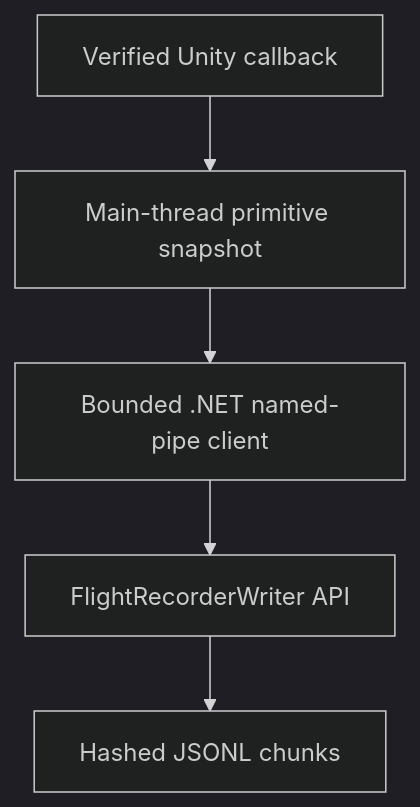
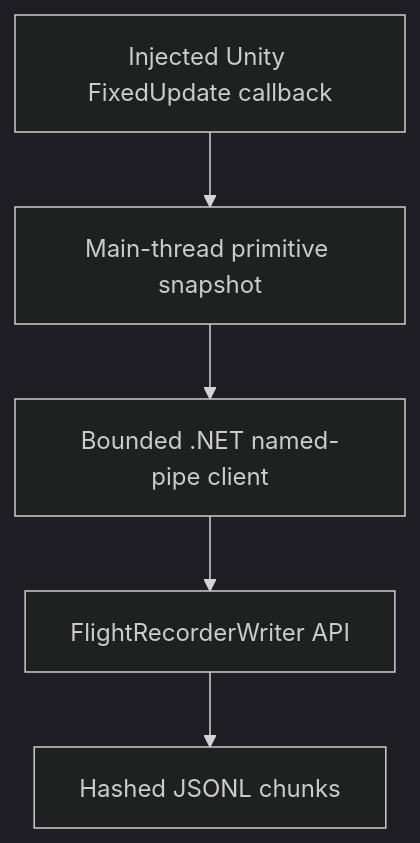
The diagram in docs/FLIGHT_RECORDER_WRITER_SPEC.md (QuantumPickleJar/AoTTG-localBots), drawn with Mermaid (dark theme) before and after one commit. The commit also changed other lines of this file and 16 other files, not shown here.

````diff
--- a/docs/FLIGHT_RECORDER_WRITER_SPEC.md
+++ b/docs/FLIGHT_RECORDER_WRITER_SPEC.md
@@ -9,7 +9,7 @@
 ```mermaid
 flowchart TD
-    A[Verified Unity callback] --> B[Main-thread primitive snapshot]
+    A[Injected Unity FixedUpdate callback] --> B[Main-thread primitive snapshot]
     B --> C[Bounded .NET named-pipe client]
     C --> D[FlightRecorderWriter API]
     D --> E[Hashed JSONL chunks]
 ```
````
